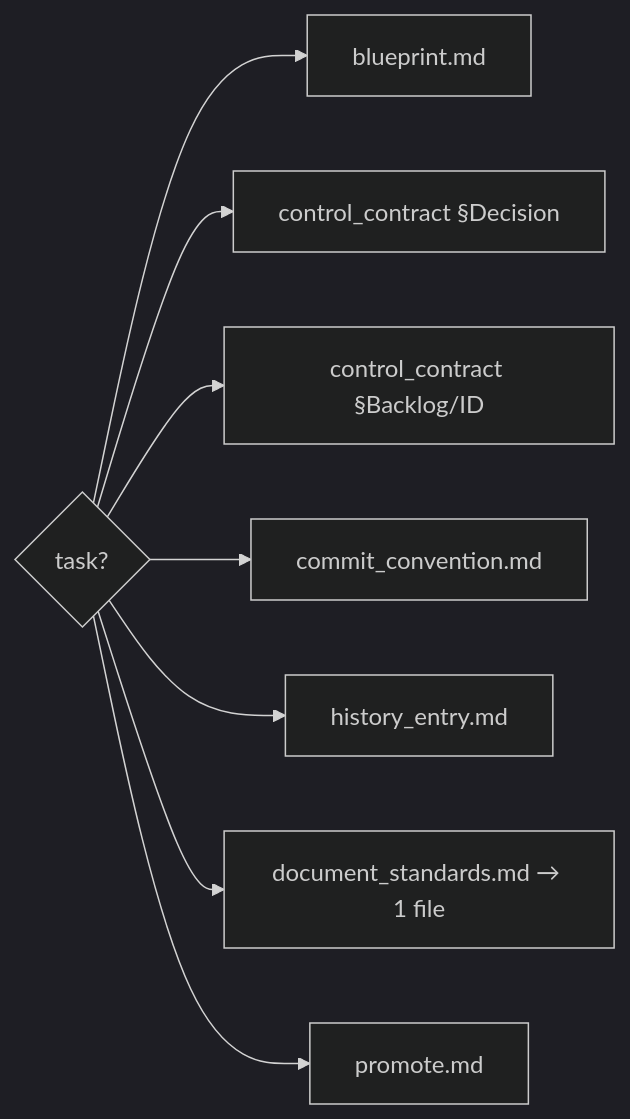
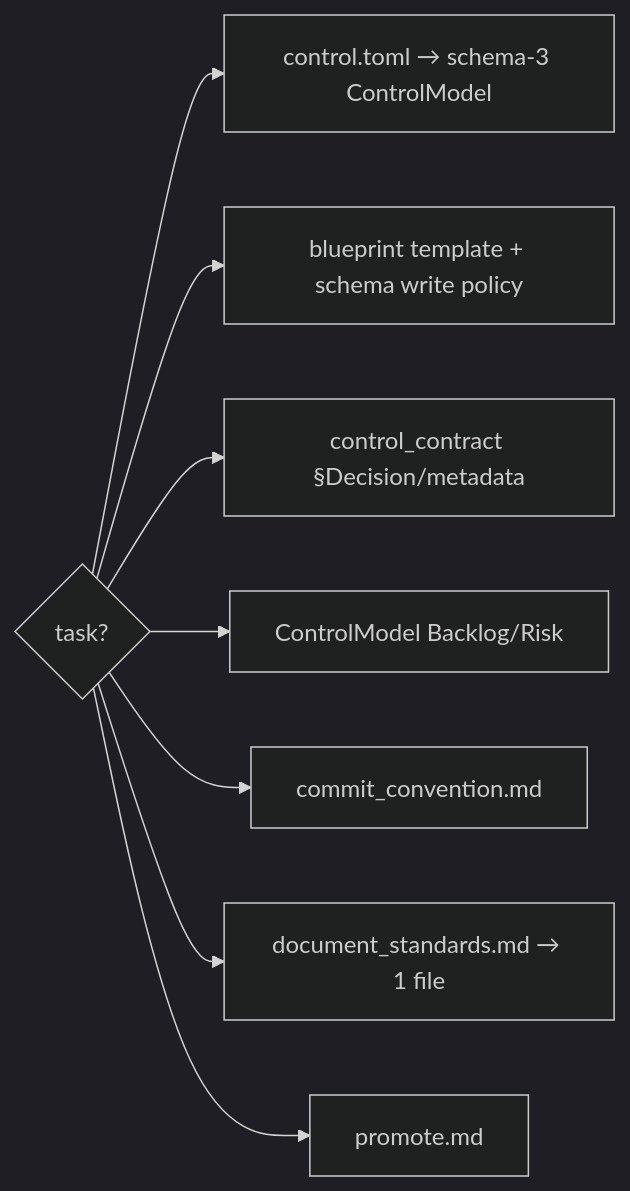
The diagram in skills/garelier-core/navigation.md (aby-studio-works/garelier), drawn with Mermaid (dark theme) before and after one commit. The commit also changed other lines of this file and 666 other files, not shown here.

````diff
--- a/skills/garelier-core/navigation.md
+++ b/skills/garelier-core/navigation.md
@@ -23,10 +23,10 @@
 ```mermaid
 flowchart LR
-  T{task?} --> BP[blueprint.md]
-  T --> DEC[control_contract §Decision]
-  T --> BL[control_contract §Backlog/ID]
+  T{task?} --> R[control.toml → schema-3 ControlModel]
+  T --> BP[blueprint template + schema write policy]
+  T --> DEC[control_contract §Decision/metadata]
+  T --> BL[ControlModel Backlog/Risk]
   T --> C[commit_convention.md]
-  T --> H[history_entry.md]
   T --> X[document_standards.md → 1 file]
   T --> P[promote.md]
 ```
````
